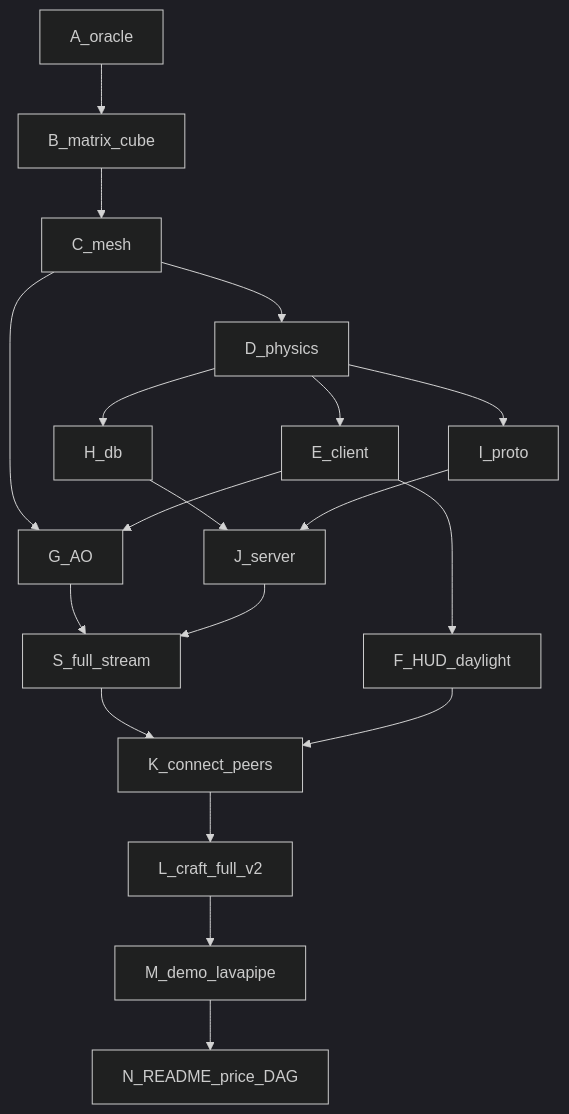
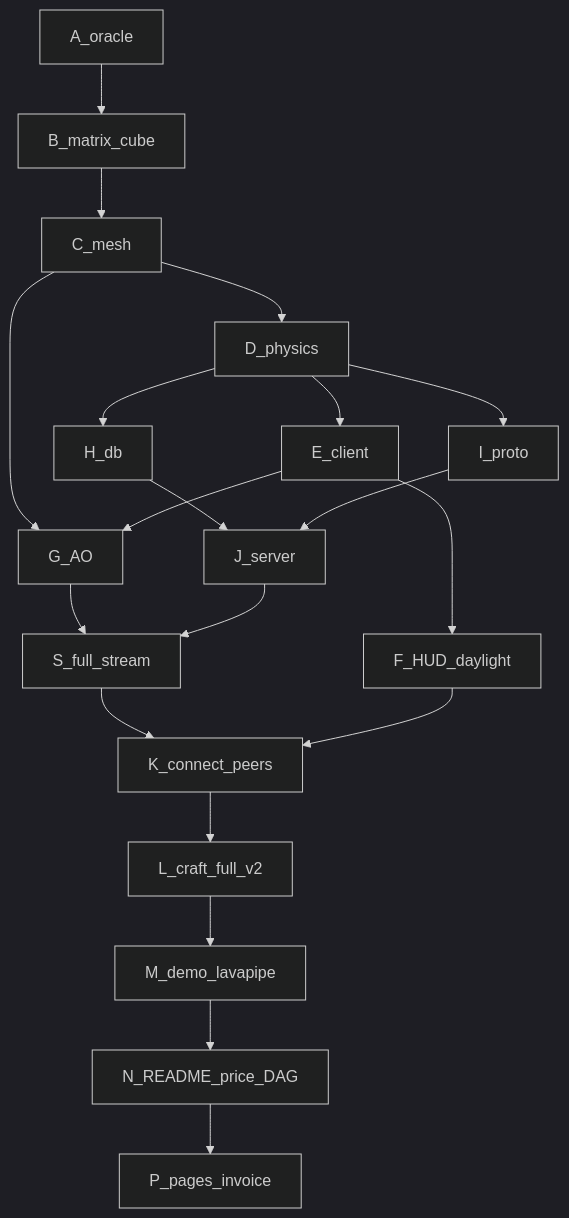
The diagram in README.md (zozo123/Craft), drawn with Mermaid (dark theme) before and after one commit. The commit also changed other lines of this file and 5 other files, not shown here.

First line of the commit message:
docs(pages): invoice site with budget, DAG, sandboxes, credits

````diff
--- a/README.md
+++ b/README.md
@@ -138,21 +141,22 @@
 ```mermaid
 flowchart TD
   A[A_oracle] --> B[B_matrix_cube]
   B --> C[C_mesh]
   C --> D[D_physics]
   D --> E[E_client]
   D --> H[H_db]
   D --> I[I_proto]
   H --> J[J_server]
   I --> J
   C --> G[G_AO]
   E --> G
   G --> S[S_full_stream]
   J --> S
   E --> F[F_HUD_daylight]
   S --> K[K_connect_peers]
   F --> K
   K --> L[L_craft_full_v2]
   L --> M[M_demo_lavapipe]
   M --> N[N_README_price_DAG]
+  N --> P[P_pages_invoice]
 ```
````
